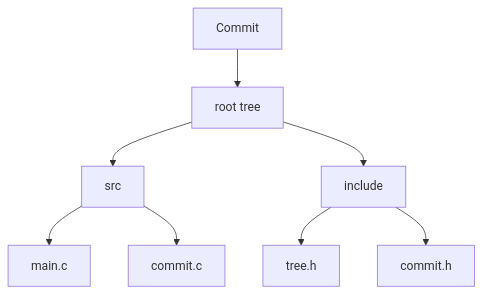
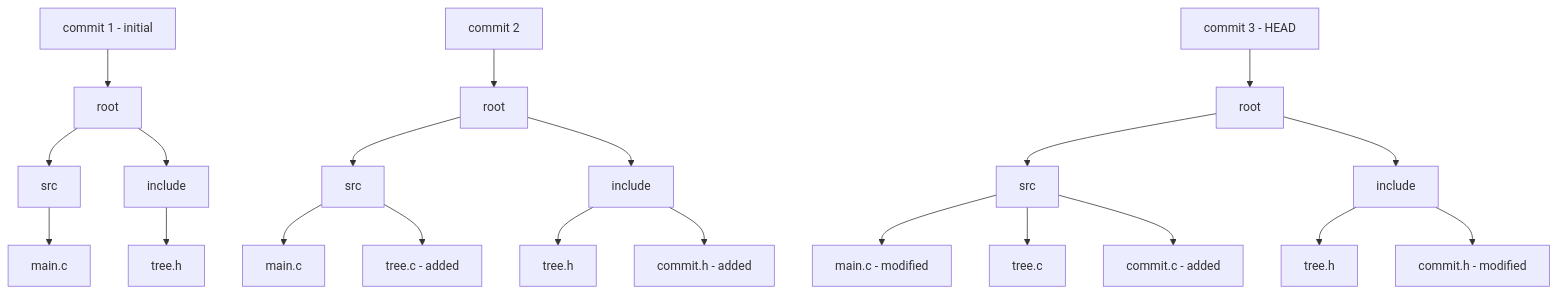
Before and after one commit to yacine204/cit: the third of 3 diagrams in README.md, drawn with Mermaid. The commit also changed other lines of this file, not shown here.

````diff
--- a/README.md
+++ b/README.md
@@ -24,10 +30,25 @@
 ```mermaid
 graph TD
-    Commit --> Tree[root tree]
-    Tree --> src
-    Tree --> include
-    src --> main.c
-    src --> commit.c
-    include --> tree.h
-    include --> commit.h
+    C1[commit 1 - initial] --> R1[root]
+    R1 --> S1[src]
+    R1 --> I1[include]
+    S1 --> A1[main.c]
+    I1 --> B1[tree.h]
+
+    C2[commit 2] --> R2[root]
+    R2 --> S2[src]
+    R2 --> I2[include]
+    S2 --> A2[main.c]
+    S2 --> C22[tree.c - added]
+    I2 --> B2[tree.h]
+    I2 --> D2[commit.h - added]
+
+    C3[commit 3 - HEAD] --> R3[root]
+    R3 --> S3[src]
+    R3 --> I3[include]
+    S3 --> A3[main.c - modified]
+    S3 --> C33[tree.c]
+    S3 --> E3[commit.c - added]
+    I3 --> B3[tree.h]
+    I3 --> D3[commit.h - modified]
 ```
````
